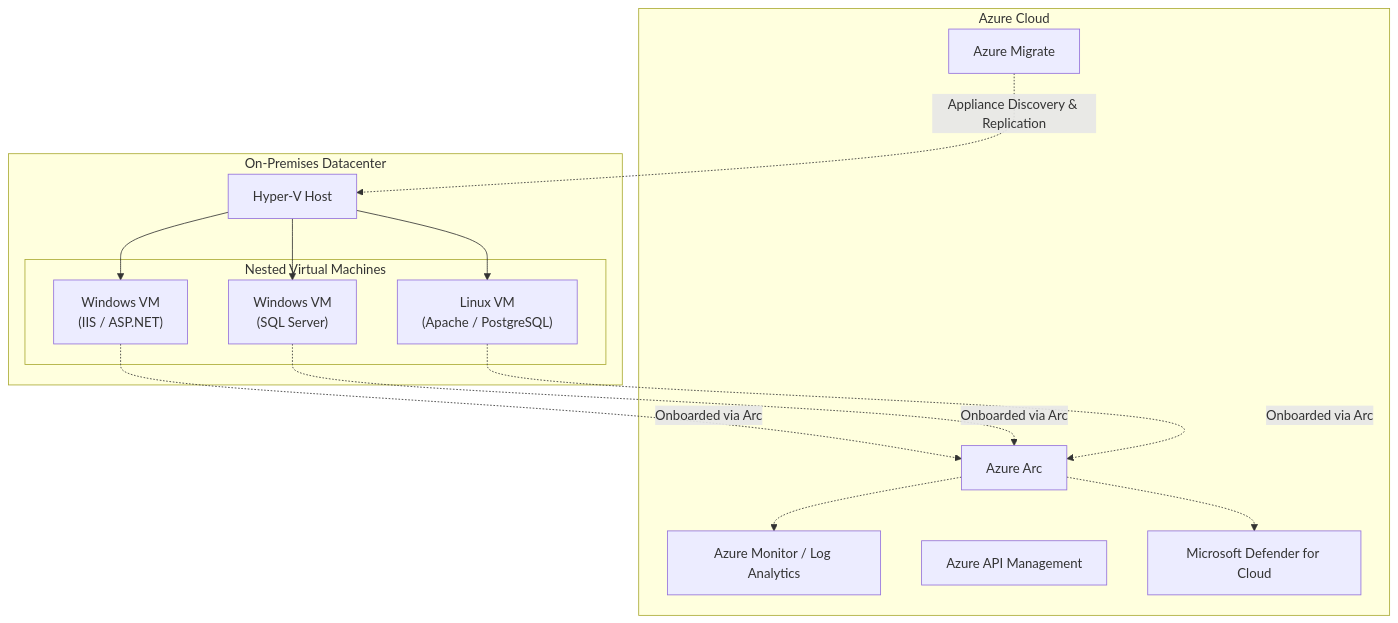
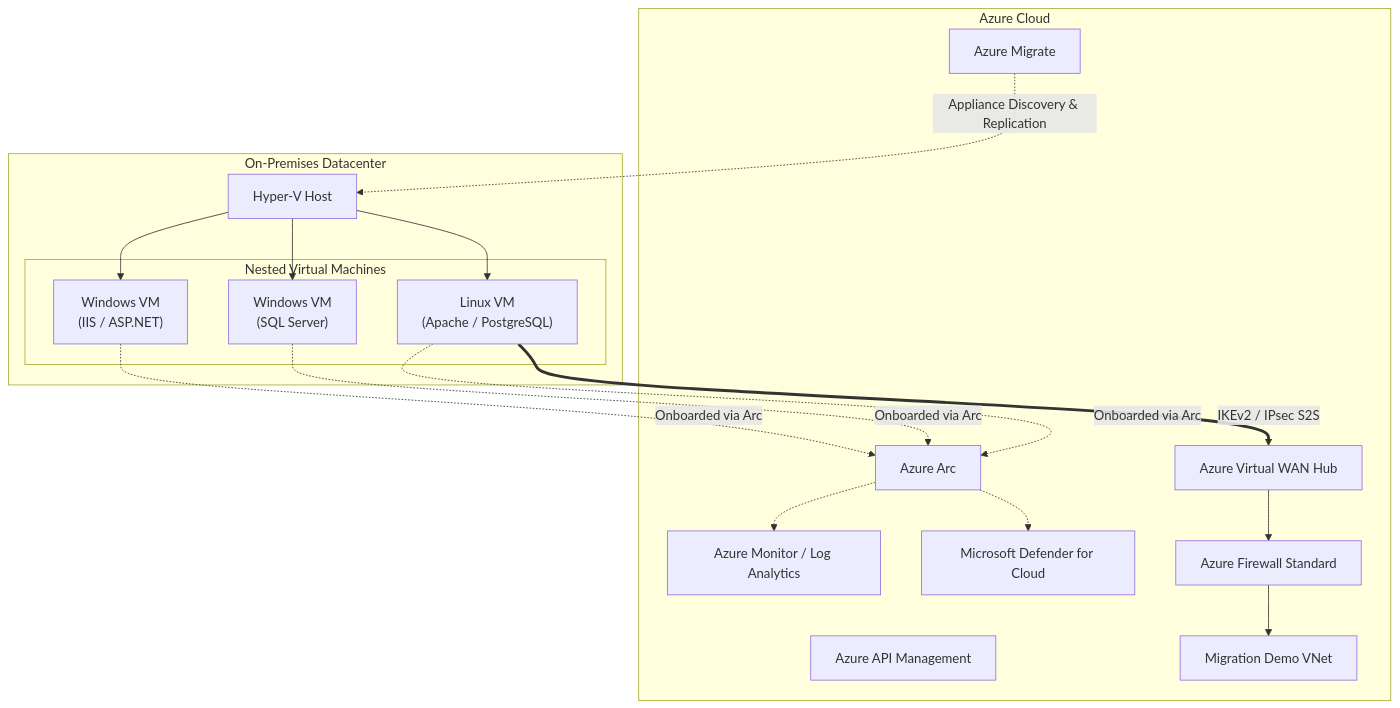
Before and after one commit to ob1juan/AzureSessions: the diagram in README.md, drawn with Mermaid. The commit also changed other lines of this file and 15 other files, not shown here.

Commit message:
Add secured Virtual WAN hybrid connectivity

````diff
--- a/README.md
+++ b/README.md
@@ -34,33 +34,39 @@
 ```mermaid
 graph TD
     subgraph Azure Cloud
         Arc[Azure Arc]
         Migrate[Azure Migrate]
         Monitor[Azure Monitor / Log Analytics]
         APIM[Azure API Management]
         Defender[Microsoft Defender for Cloud]
+        vWAN[Azure Virtual WAN Hub]
+        Firewall[Azure Firewall Standard]
+        AzureVNet[Migration Demo VNet]
     end
 
     subgraph On-Premises Datacenter
         HyperV[Hyper-V Host]
         
         subgraph Nested Virtual Machines
             WinIIS["Windows VM<br>(IIS / ASP.NET)"]
             WinSQL["Windows VM<br>(SQL Server)"]
             Ubuntu["Linux VM<br>(Apache / PostgreSQL)"]
         end
         
         HyperV --> WinIIS
         HyperV --> WinSQL
         HyperV --> Ubuntu
     end
 
     WinIIS -.-> |Onboarded via Arc| Arc
     WinSQL -.-> |Onboarded via Arc| Arc
     Ubuntu -.-> |Onboarded via Arc| Arc
+    Ubuntu ==>|IKEv2 / IPsec S2S| vWAN
+    vWAN --> Firewall
+    Firewall --> AzureVNet
 
     Arc -.-> Monitor
     Arc -.-> Defender
 
     Migrate -.-> |Appliance Discovery & Replication| HyperV
 ```
````
